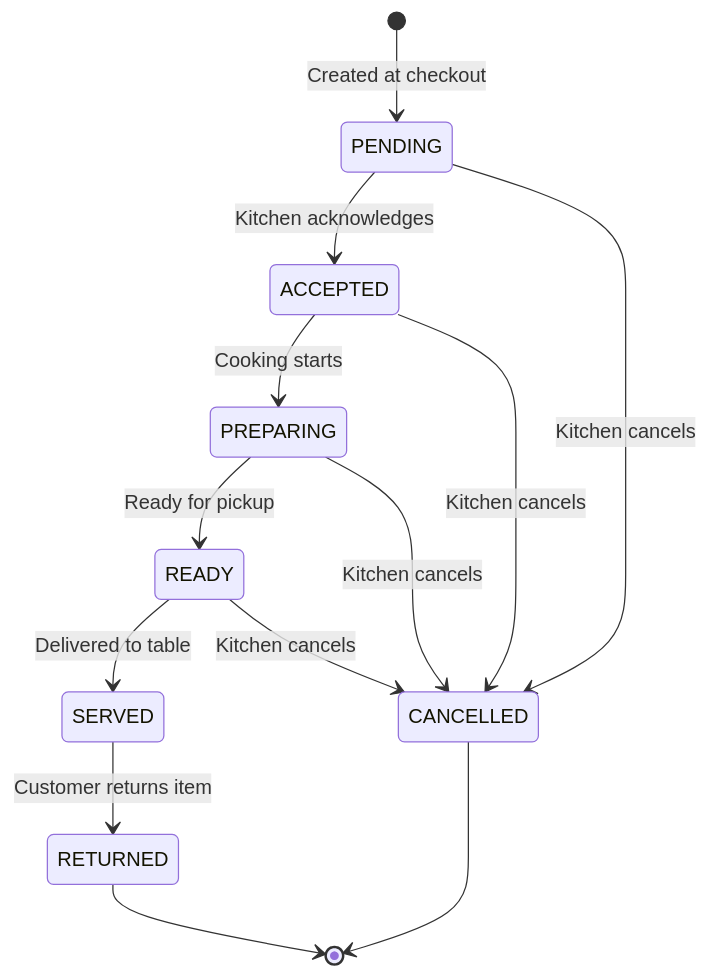
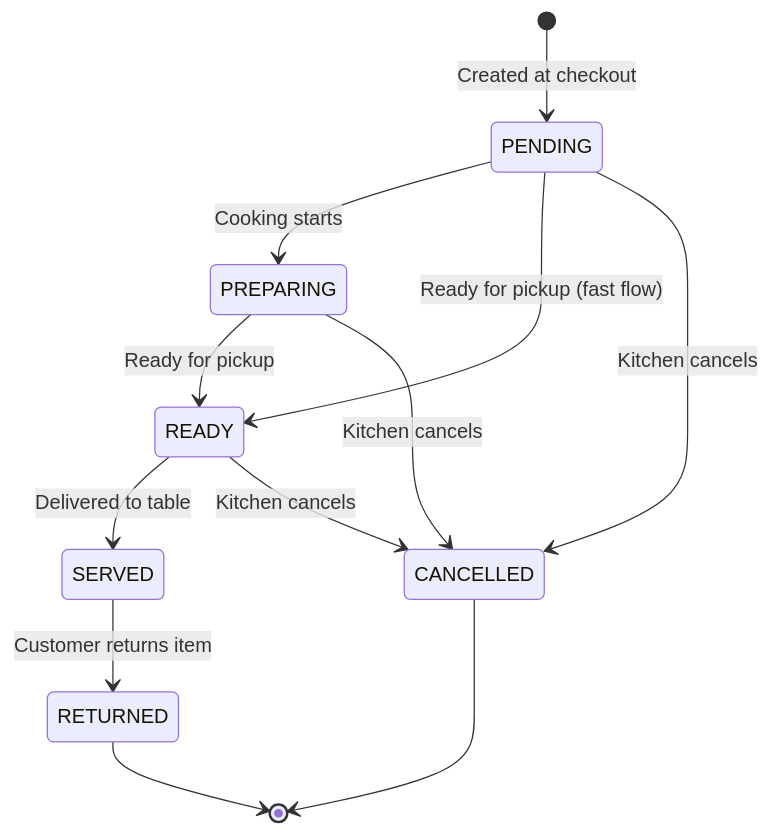
One commit to no-hup/plattr-pro changed the diagram in backend/src-plattr/functions/cart/cart_flow_detailed_spec.md. Above: the diagram before and after it, drawn with Mermaid. The commit also changed other lines of this file and 48 other files, not shown here.

````diff
--- a/backend/src-plattr/functions/cart/cart_flow_detailed_spec.md
+++ b/backend/src-plattr/functions/cart/cart_flow_detailed_spec.md
@@ -486,15 +485,14 @@
 ```mermaid
 stateDiagram-v2
     [*] --> PENDING: Created at checkout
-    PENDING --> ACCEPTED: Kitchen acknowledges
+    PENDING --> PREPARING: Cooking starts
+    PENDING --> READY: Ready for pickup (fast flow)
     PENDING --> CANCELLED: Kitchen cancels
-    ACCEPTED --> PREPARING: Cooking starts
-    ACCEPTED --> CANCELLED: Kitchen cancels
     PREPARING --> READY: Ready for pickup
     PREPARING --> CANCELLED: Kitchen cancels
     READY --> SERVED: Delivered to table
     READY --> CANCELLED: Kitchen cancels
     SERVED --> RETURNED: Customer returns item
     RETURNED --> [*]
     CANCELLED --> [*]
 ```
````
